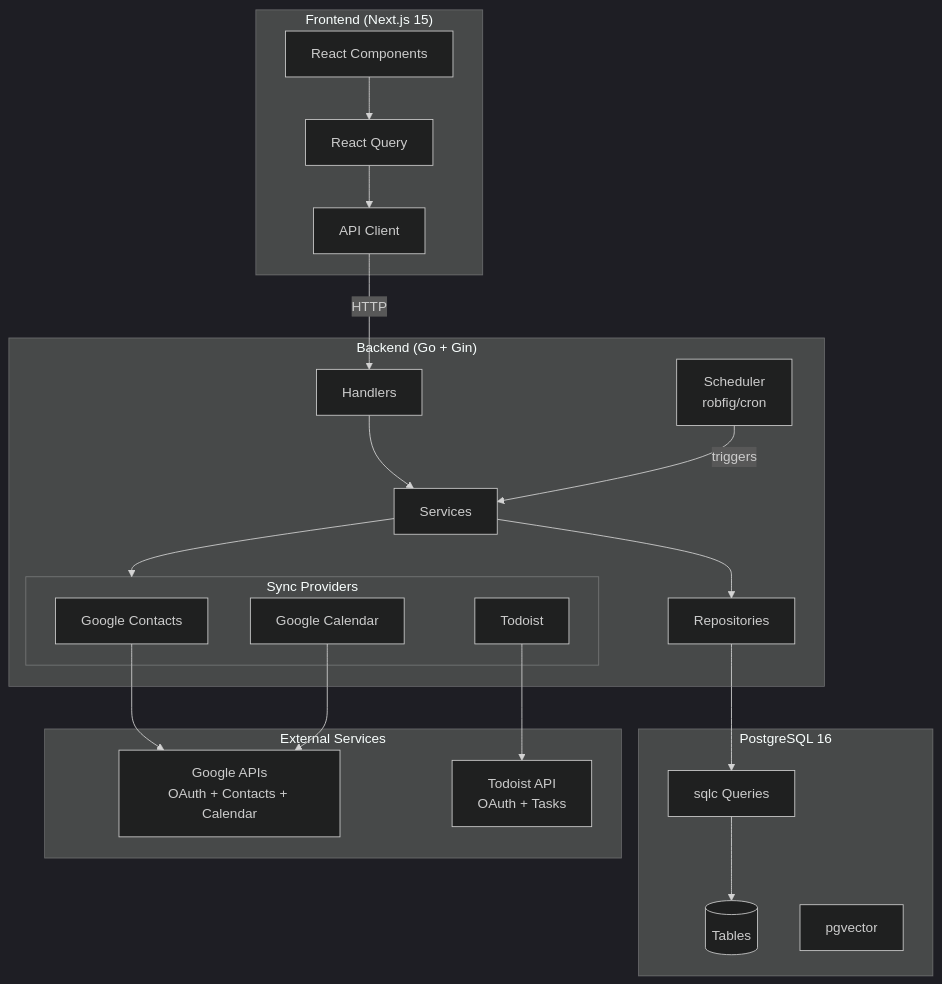
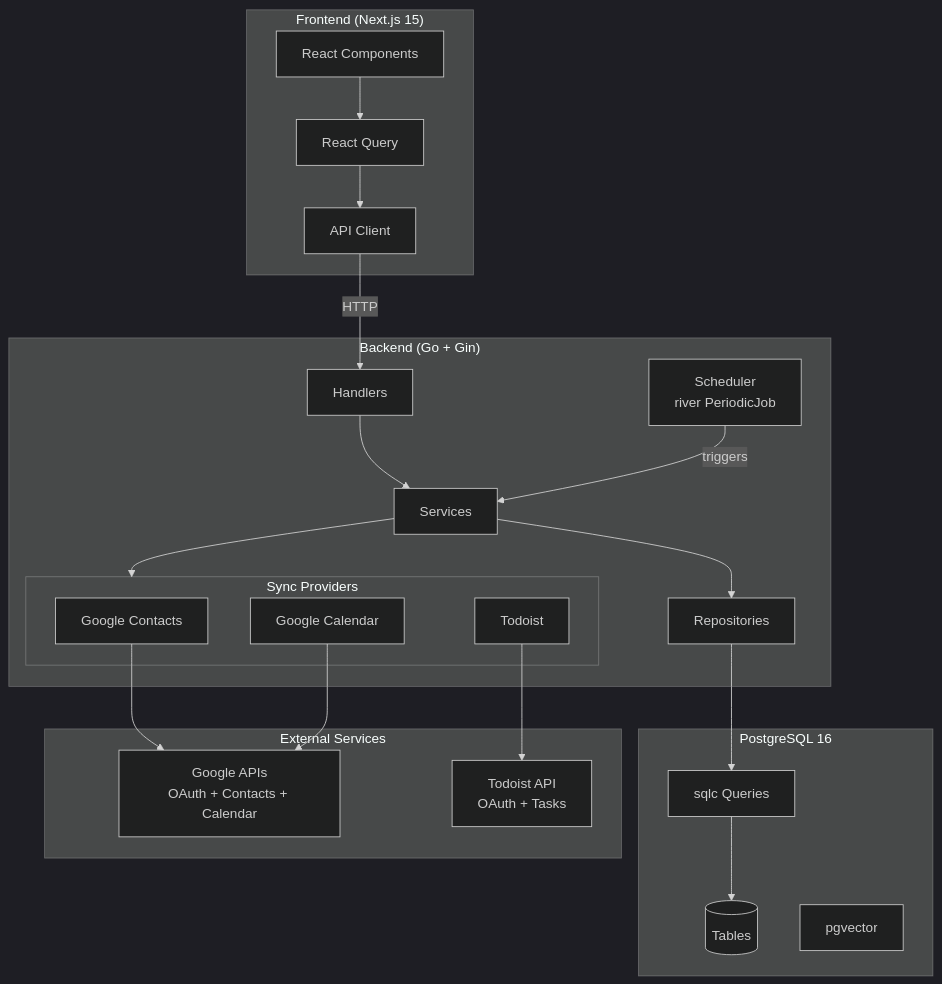
One commit to spengrah/PersonalCRM changed the first of 2 diagrams in .ai/guides/architecture.md. Above: the diagram before and after it, drawn with Mermaid (dark theme). The commit also changed other lines of this file and 6 other files, not shown here.

First line of the commit message:
test(event-bus): integration tests + docs for river-based scheduler

````diff
--- a/.ai/guides/architecture.md
+++ b/.ai/guides/architecture.md
@@ -13,45 +13,45 @@
 ```mermaid
 graph TB
     subgraph Frontend["Frontend (Next.js 15)"]
         UI[React Components]
         RQ[React Query]
         API_CLIENT[API Client]
     end
 
     subgraph Backend["Backend (Go + Gin)"]
         HANDLERS[Handlers]
         SERVICES[Services]
         REPOS[Repositories]
-        SCHEDULER[Scheduler<br/>robfig/cron]
+        SCHEDULER[Scheduler<br/>river PeriodicJob]
 
         subgraph Sync["Sync Providers"]
             GCONTACTS[Google Contacts]
             GCAL[Google Calendar]
             TODOIST_SYNC[Todoist]
         end
     end
 
     subgraph Database["PostgreSQL 16"]
         SQLC[sqlc Queries]
         TABLES[(Tables)]
         PGVECTOR[pgvector]
     end
 
     subgraph External["External Services"]
         GOOGLE[Google APIs<br/>OAuth + Contacts + Calendar]
         TODOIST[Todoist API<br/>OAuth + Tasks]
     end
 
     UI --> RQ --> API_CLIENT
     API_CLIENT -->|HTTP| HANDLERS
     HANDLERS --> SERVICES
     SERVICES --> REPOS
     REPOS --> SQLC --> TABLES
 
     SCHEDULER -->|triggers| SERVICES
 
     SERVICES --> Sync
     GCONTACTS --> GOOGLE
     GCAL --> GOOGLE
     TODOIST_SYNC --> TODOIST
 ```
````
